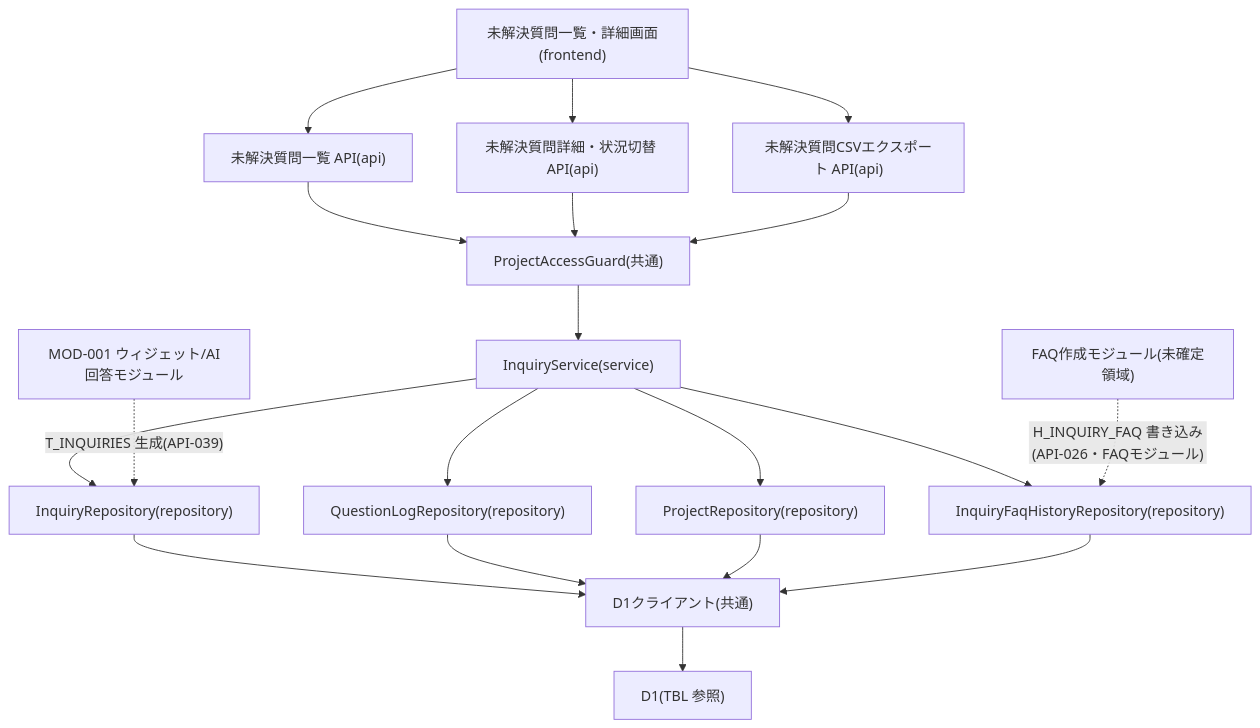
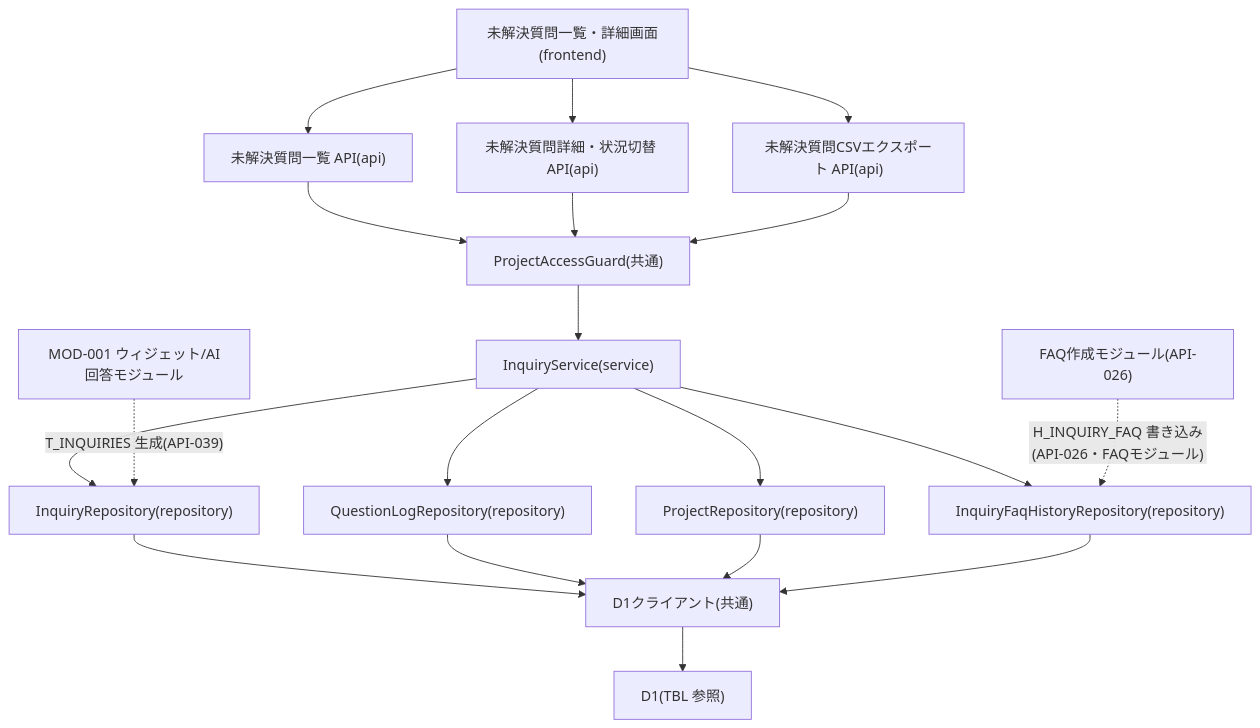
Before and after one commit to sikakou54/open-faq: the diagram in 03_detail_design/11_module/MOD-007.md, drawn with Mermaid. The commit also changed other lines of this file and 10 other files, not shown here.

````diff
--- a/03_detail_design/11_module/MOD-007.md
+++ b/03_detail_design/11_module/MOD-007.md
@@ -41,35 +41,35 @@
 ```mermaid
 flowchart TB
     M01["未解決質問一覧・詳細画面(frontend)"]
     M02["未解決質問一覧 API(api)"]
     M03["未解決質問詳細・状況切替 API(api)"]
     M04["未解決質問CSVエクスポート API(api)"]
     M05["ProjectAccessGuard(共通)"]
     M06["InquiryService(service)"]
     M07["InquiryRepository(repository)"]
     M08["QuestionLogRepository(repository)"]
     M09["ProjectRepository(repository)"]
     M10["InquiryFaqHistoryRepository(repository)"]
     M11["D1クライアント(共通)"]
     DB["D1(TBL 参照)"]
     MOD001["MOD-001 ウィジェット/AI回答モジュール"]
-    FAQMOD["FAQ作成モジュール(未確定領域)"]
+    FAQMOD["FAQ作成モジュール(API-026)"]
     M01 --> M02
     M01 --> M03
     M01 --> M04
     M02 --> M05
     M03 --> M05
     M04 --> M05
     M05 --> M06
     M06 --> M07
     M06 --> M08
     M06 --> M09
     M06 --> M10
     M07 --> M11
     M08 --> M11
     M09 --> M11
     M10 --> M11
     M11 --> DB
     MOD001 -.->|"T_INQUIRIES 生成(API-039)"| M07
     FAQMOD -.->|"H_INQUIRY_FAQ 書き込み(API-026・FAQモジュール)"| M10
 ```
````
